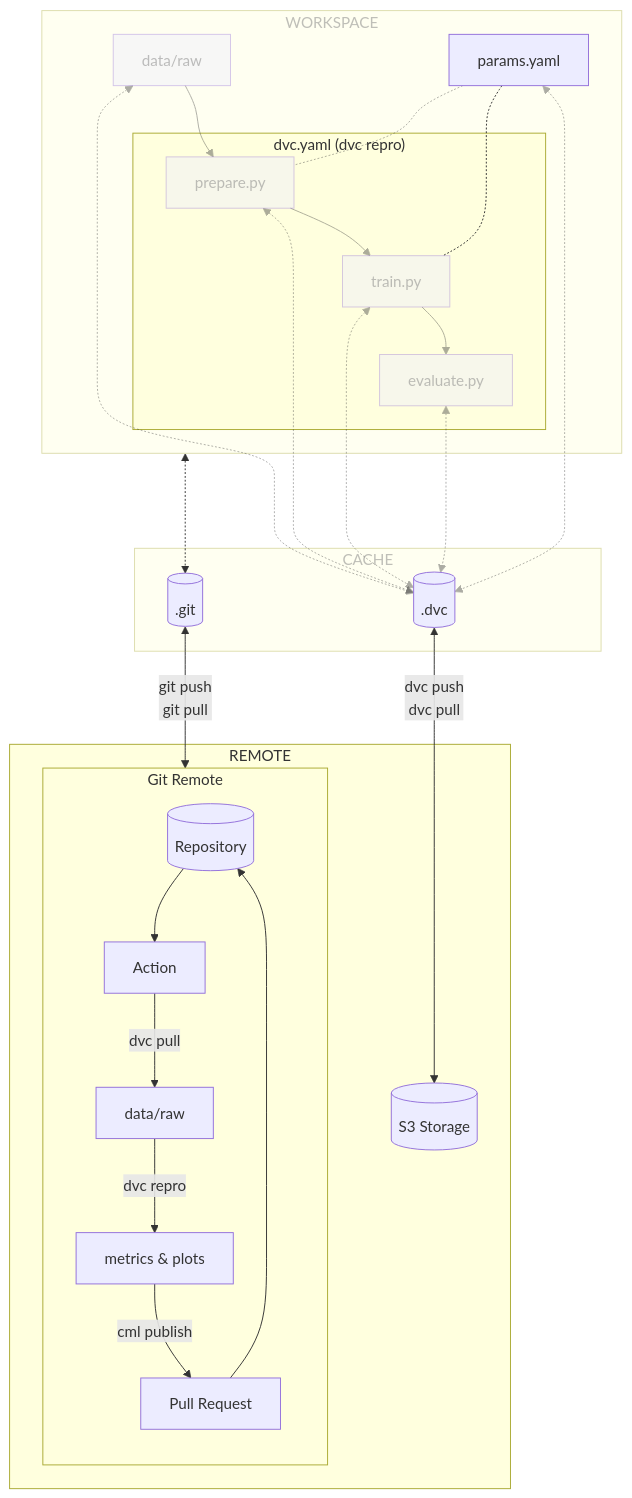
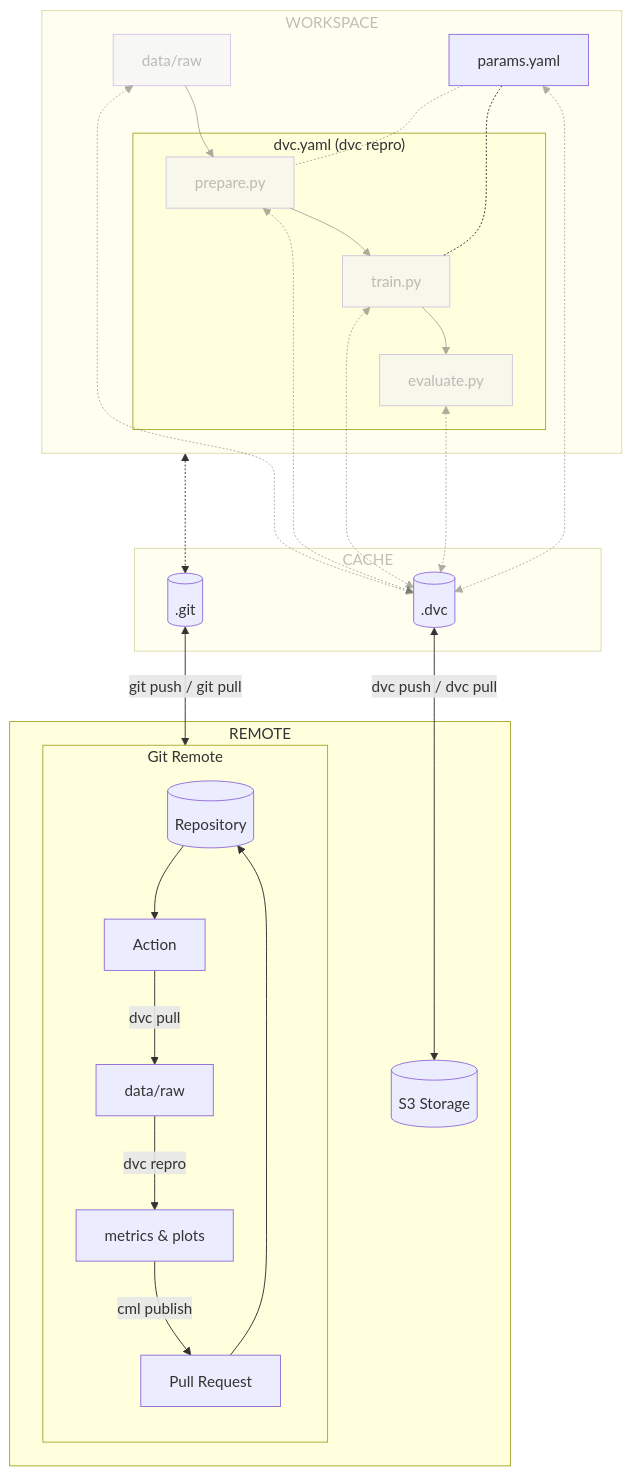
Before and after one commit to swiss-ai-center/a-guide-to-mlops: the diagram in docs/part-2-move-the-model-to-the-cloud/chapter-10-work-efficiently-and-collaboratively-with-git.md, drawn with Mermaid. The commit also changed 4 other files, not shown here.

Commit message:
Replace broken new lines in graphs in part 2

````diff
--- a/docs/part-2-move-the-model-to-the-cloud/chapter-10-work-efficiently-and-collaboratively-with-git.md
+++ b/docs/part-2-move-the-model-to-the-cloud/chapter-10-work-efficiently-and-collaboratively-with-git.md
@@ -27,50 +27,50 @@
 ```mermaid
 flowchart TB
-    dot_dvc[(.dvc)] <-->|dvc push\ndvc pull| s3_storage[(S3 Storage)]
-    dot_git[(.git)] <-->|git push\ngit pull| gitGraph[Git Remote]
+    dot_dvc[(.dvc)] <-->|dvc push / dvc pull| s3_storage[(S3 Storage)]
+    dot_git[(.git)] <-->|git push / git pull| gitGraph[Git Remote]
     workspaceGraph <-....-> dot_git
     data[data/raw] <-.-> dot_dvc
     subgraph remoteGraph[REMOTE]
         s3_storage
         subgraph gitGraph[Git Remote]
             direction TB
             repository[(Repository)] --> action[Action]
             action -->|dvc pull| action_data[data/raw]
             action_data -->|dvc repro| action_out[metrics & plots]
             action_out -->|cml publish| pr[Pull Request]
             pr --> repository
         end
     end
     subgraph cacheGraph[CACHE]
         dot_dvc
         dot_git
     end
     subgraph workspaceGraph[WORKSPACE]
         prepare[prepare.py] <-.-> dot_dvc
         train[train.py] <-.-> dot_dvc
         evaluate[evaluate.py] <-.-> dot_dvc
         data --> prepare
         subgraph dvcGraph["dvc.yaml (dvc repro)"]
             prepare --> train
             train --> evaluate
         end
         params[params.yaml] -.- prepare
         params -.- train
         params <-.-> dot_dvc
     end
     style workspaceGraph opacity:0.4,color:#7f7f7f80
     style cacheGraph opacity:0.4,color:#7f7f7f80
     style data opacity:0.4,color:#7f7f7f80
     style prepare opacity:0.4,color:#7f7f7f80
     style train opacity:0.4,color:#7f7f7f80
     style evaluate opacity:0.4,color:#7f7f7f80
     linkStyle 3 opacity:0.4,color:#7f7f7f80
     linkStyle 9 opacity:0.4,color:#7f7f7f80
     linkStyle 10 opacity:0.4,color:#7f7f7f80
     linkStyle 11 opacity:0.4,color:#7f7f7f80
     linkStyle 12 opacity:0.4,color:#7f7f7f80
     linkStyle 13 opacity:0.4,color:#7f7f7f80
     linkStyle 14 opacity:0.4,color:#7f7f7f80
     linkStyle 15 opacity:0.4,color:#7f7f7f80
     linkStyle 17 opacity:0.4,color:#7f7f7f80
 ```
````
